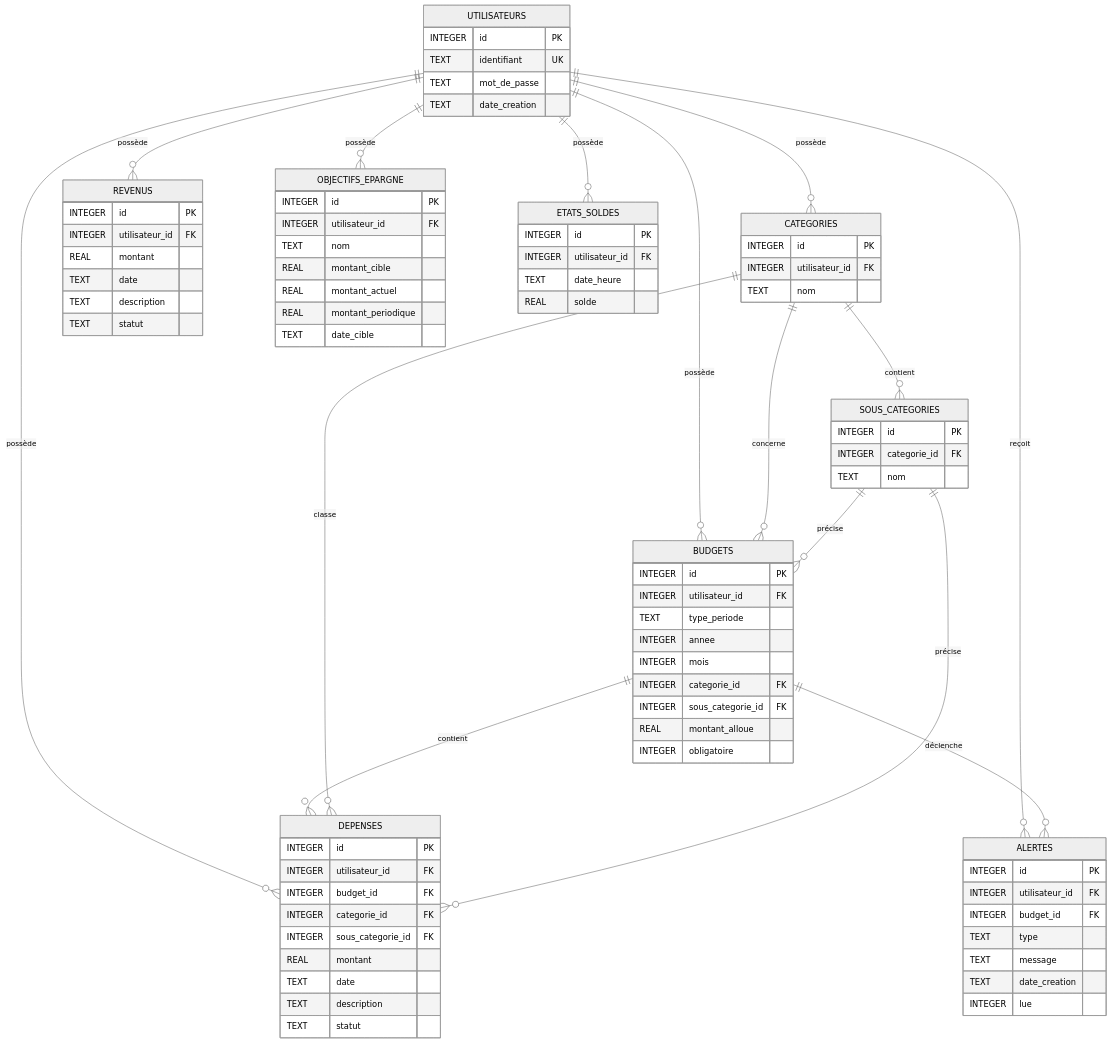
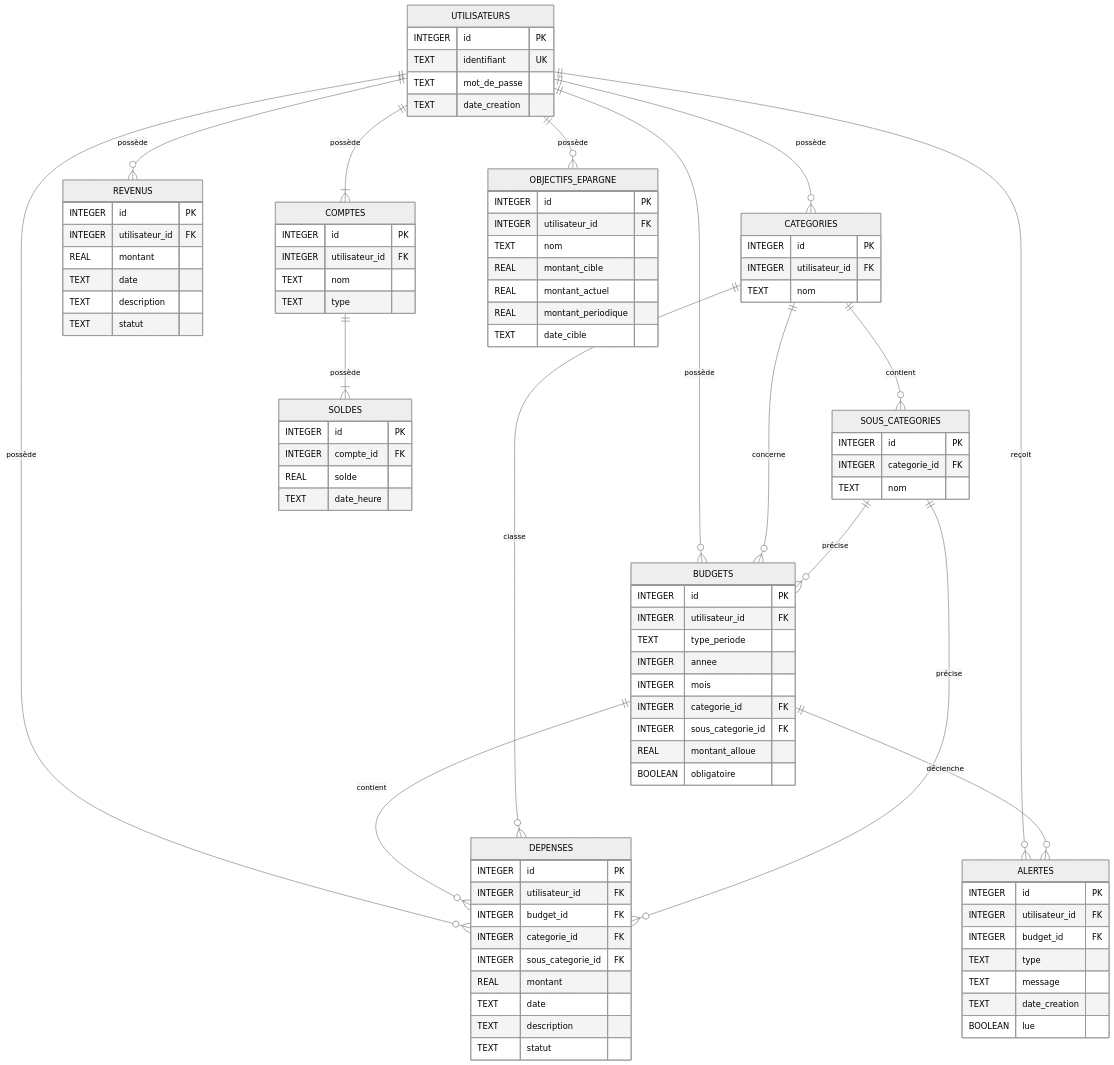
One commit to TheMuliama/plannification_budgetaire changed the diagram in docs/schéma_bdd.md. Above: the diagram before and after it, drawn with Mermaid (neutral theme).

Commit message:
docs: modif `schéma_bdd`

```diff
--- a/docs/schéma_bdd.md
+++ b/docs/schéma_bdd.md
@@ -29,7 +29,7 @@
         INTEGER categorie_id FK
         INTEGER sous_categorie_id FK
         REAL montant_alloue
-        INTEGER obligatoire
+        BOOLEAN obligatoire
     }
 
     REVENUS {
@@ -53,6 +53,20 @@
         TEXT statut
     }
 
+    COMPTES {
+        INTEGER id PK
+        INTEGER utilisateur_id FK
+        TEXT nom
+        TEXT type
+    }
+
+    SOLDES {
+        INTEGER id PK
+        INTEGER compte_id FK
+        REAL solde
+        TEXT date_heure
+    }
+
     OBJECTIFS_EPARGNE {
         INTEGER id PK
         INTEGER utilisateur_id FK
@@ -63,13 +77,6 @@
         TEXT date_cible
     }
 
-    ETATS_SOLDES {
-        INTEGER id PK
-        INTEGER utilisateur_id FK
-        TEXT date_heure
-        REAL solde
-    }
-
     ALERTES {
         INTEGER id PK
         INTEGER utilisateur_id FK
@@ -77,9 +84,8 @@
         TEXT type
         TEXT message
         TEXT date_creation
-        INTEGER lue
+        BOOLEAN lue
     }
-
 
     UTILISATEURS ||--o{ CATEGORIES : "possède"
     CATEGORIES ||--o{ SOUS_CATEGORIES : "contient"
@@ -95,9 +101,10 @@
     CATEGORIES ||--o{ DEPENSES : "classe"
     SOUS_CATEGORIES ||--o{ DEPENSES : "précise"
 
+    UTILISATEURS ||--|{ COMPTES : "possède"
+    COMPTES ||--|{ SOLDES : "possède"
+
     UTILISATEURS ||--o{ OBJECTIFS_EPARGNE : "possède"
-
-    UTILISATEURS ||--o{ ETATS_SOLDES : "possède"
 
     UTILISATEURS ||--o{ ALERTES : "reçoit"
     BUDGETS ||--o{ ALERTES : "déclenche"
```
